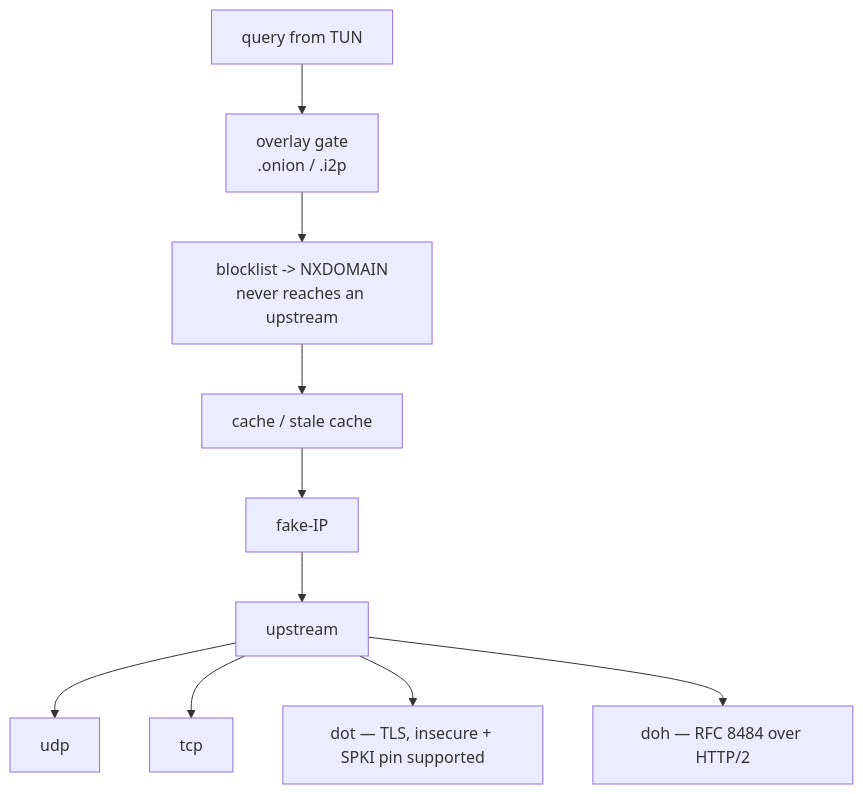
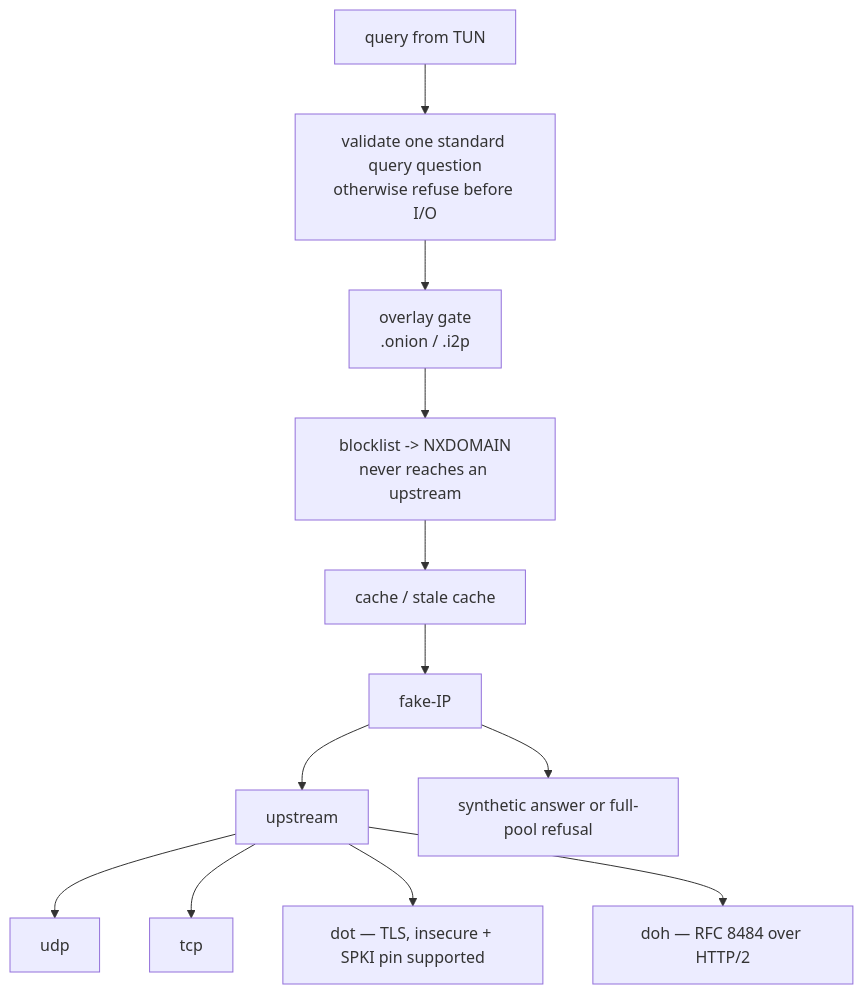
Before and after one commit to foxhole-team/foxhole-core: the fourth of 5 diagrams in docs/architecture/01-protocols.md, drawn with Mermaid. The commit also changed other lines of this file and 54 other files, not shown here.

````diff
--- a/docs/architecture/01-protocols.md
+++ b/docs/architecture/01-protocols.md
@@ -177,12 +189,14 @@
 ```mermaid
 flowchart TD
-    Q["query from TUN"] --> G1["overlay gate<br/>.onion / .i2p"]
+    Q["query from TUN"] --> V["validate one standard query question<br/>otherwise refuse before I/O"]
+    V --> G1["overlay gate<br/>.onion / .i2p"]
     G1 --> G2["blocklist -> NXDOMAIN<br/>never reaches an upstream"]
     G2 --> G3["cache / stale cache"]
     G3 --> G4["fake-IP"]
     G4 --> U["upstream"]
+    G4 --> F["synthetic answer or full-pool refusal"]
     U --> U1["udp"]
     U --> U2["tcp"]
     U --> U3["dot — TLS, insecure + SPKI pin supported"]
     U --> U4["doh — RFC 8484 over HTTP/2"]
 ```
````
